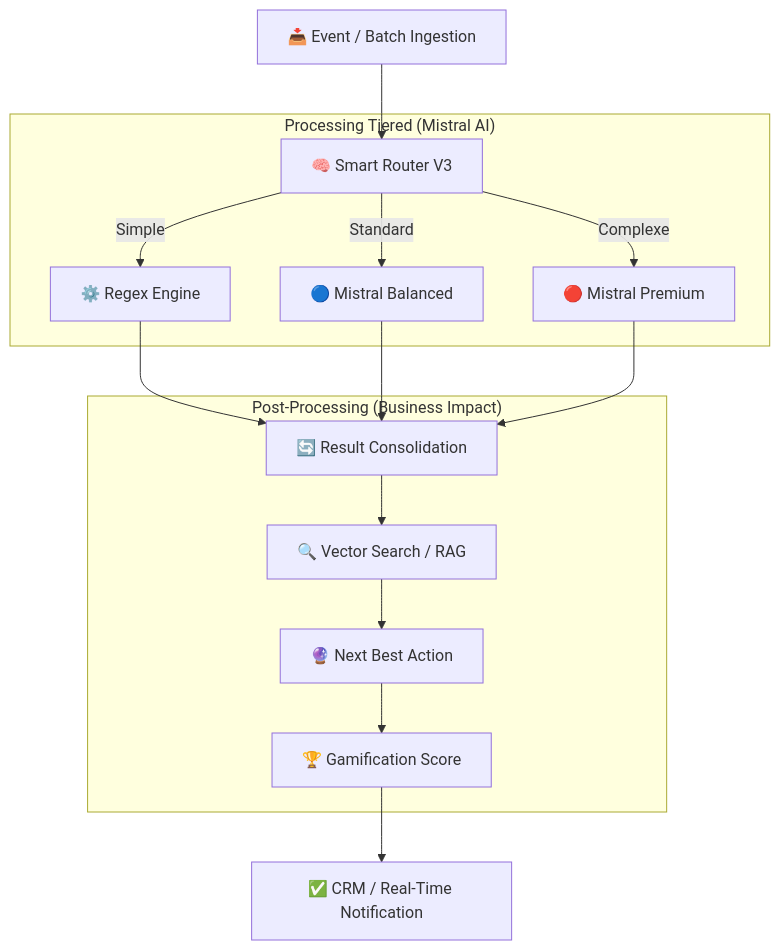
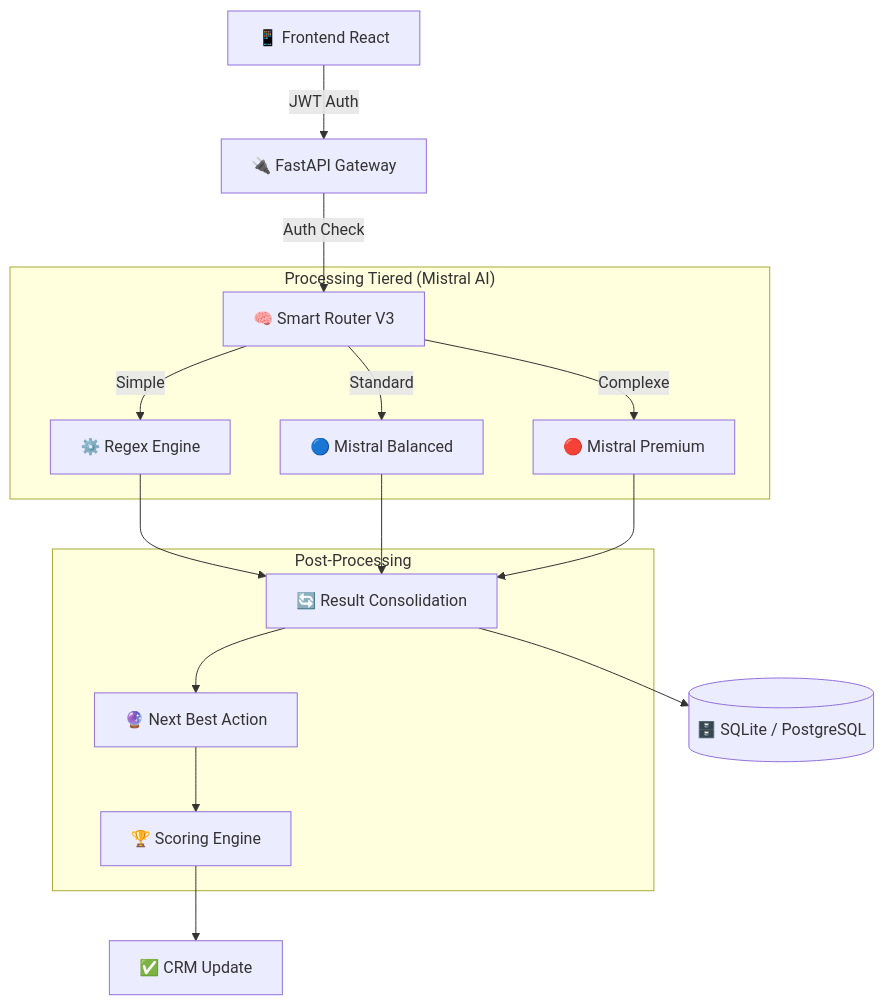
Before and after one commit to wb-eugenia/lvmh-data: the diagram in README.md, drawn with Mermaid. The commit also changed other lines of this file and 34 other files, not shown here.

````diff
--- a/README.md
+++ b/README.md
@@ -59,20 +63,21 @@
 ```mermaid
 graph TD
-    Input[📥 Event / Batch Ingestion] --> Router[🧠 Smart Router V3]
+    User[📱 Frontend React] -->|JWT Auth| API[🔌 FastAPI Gateway]
+    API -->|Auth Check| Router[🧠 Smart Router V3]
     
     subgraph "Processing Tiered (Mistral AI)"
         Router -->|Simple| T1[⚙️ Regex Engine]
         Router -->|Standard| T2[🔵 Mistral Balanced]
         Router -->|Complexe| T3[🔴 Mistral Premium]
     end
     
     T1 & T2 & T3 --> Consolidator[🔄 Result Consolidation]
+    Consolidator --> DB[(🗄️ SQLite / PostgreSQL)]
     
-    subgraph "Post-Processing (Business Impact)"
-        Consolidator --> RAG[🔍 Vector Search / RAG]
-        RAG --> NBA[🔮 Next Best Action]
-        NBA --> Game[🏆 Gamification Score]
+    subgraph "Post-Processing"
+        Consolidator --> NBA[🔮 Next Best Action]
+        NBA --> Game[🏆 Scoring Engine]
     end
     
-    Game --> Output[✅ CRM / Real-Time Notification]
+    Game --> Output[✅ CRM Update]
 ```
````
